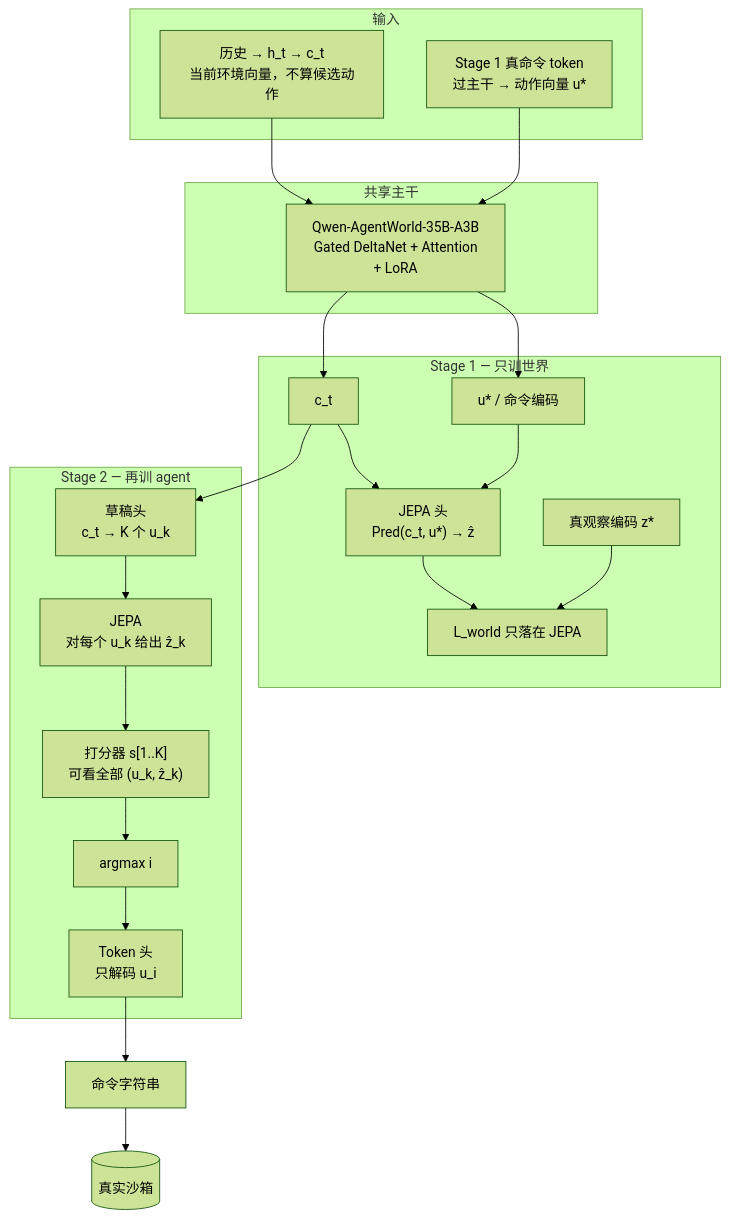
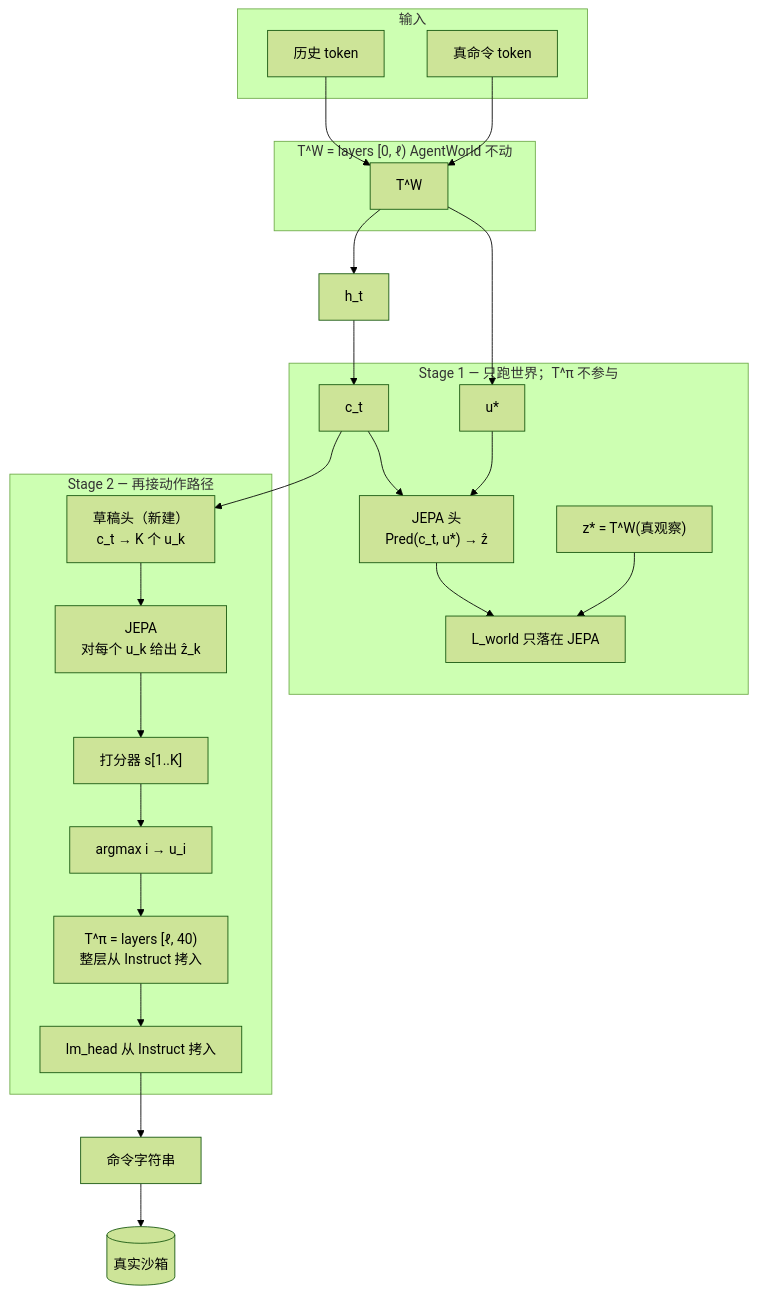
One commit to MegaGimen/BIV changed the first of 2 diagrams in AGENTS.md. Above: the diagram before and after it, drawn with Mermaid (forest theme). The commit also changed other lines of this file and 1 other file, not shown here.

First line of the commit message:
Record T^W / T^π cut: Instruct last layers initialize the token path only.

````diff
--- a/AGENTS.md
+++ b/AGENTS.md
@@ -168,38 +181,40 @@
 ```mermaid
 flowchart TD
     subgraph sg_in["输入"]
-        H["历史 → h_t → c_t<br/>当前环境向量，不算候选动作"]
-        USTAR["Stage 1 真命令 token<br/>过主干 → 动作向量 u*"]
+        H["历史 token"]
+        USTAR["真命令 token"]
     end
 
-    H --> TRUNK
-    USTAR --> TRUNK
+    H --> TW
+    USTAR --> TW
 
-    subgraph sg_trunk["共享主干"]
-        TRUNK["Qwen-AgentWorld-35B-A3B<br/>Gated DeltaNet + Attention<br/>+ LoRA"]
+    subgraph sg_tw["T^W = layers [0, ℓ)  AgentWorld 不动"]
+        TW["T^W"]
     end
 
-    TRUNK --> CT["c_t"]
-    TRUNK --> UENC["u* / 命令编码"]
+    TW --> HT["h_t"]
+    HT --> CT["c_t"]
+    TW --> UENC["u*"]
 
-    subgraph sg_s1["Stage 1 — 只训世界"]
+    subgraph sg_s1["Stage 1 — 只跑世界；T^π 不参与"]
         JEPA1["JEPA 头<br/>Pred(c_t, u*) → ẑ"]
         CT --> JEPA1
         UENC --> JEPA1
-        ZSTAR["真观察编码 z*"]
+        ZSTAR["z* = T^W(真观察)"]
         JEPA1 --> L1["L_world 只落在 JEPA"]
         ZSTAR --> L1
     end
 
-    subgraph sg_s2["Stage 2 — 再训 agent"]
-        DRAFT["草稿头<br/>c_t → K 个 u_k"]
+    subgraph sg_s2["Stage 2 — 再接动作路径"]
+        DRAFT["草稿头（新建）<br/>c_t → K 个 u_k"]
         CT --> DRAFT
         DRAFT --> JEPA2["JEPA<br/>对每个 u_k 给出 ẑ_k"]
-        JEPA2 --> SC["打分器 s[1..K]<br/>可看全部 (u_k, ẑ_k)"]
-        SC --> ARG["argmax i"]
-        ARG --> LMH["Token 头<br/>只解码 u_i"]
+        JEPA2 --> SC["打分器 s[1..K]"]
+        SC --> ARG["argmax i → u_i"]
+        ARG --> TP["T^π = layers [ℓ, 40)<br/>整层从 Instruct 拷入"]
+        TP --> LMH["lm_head 从 Instruct 拷入"]
     end
 
     LMH --> ACT["命令字符串"]
     ACT --> ENV[("真实沙箱")]
 ```
````
